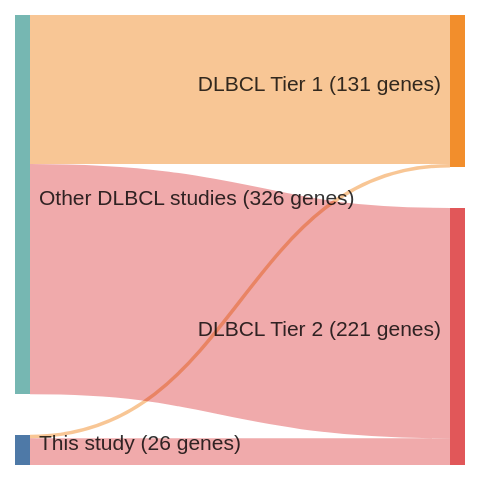
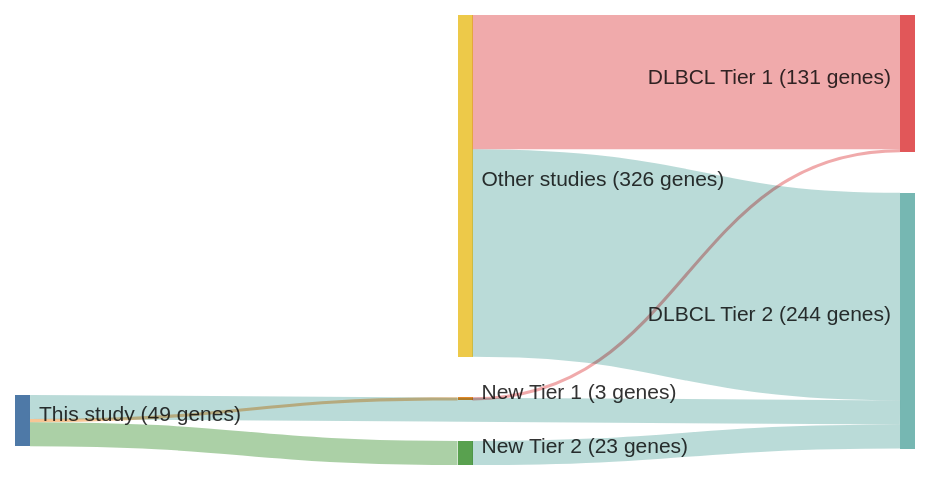
One commit to morinlab/lymphopedia changed the diagram in papers/hubschmannMutationalMechanismsShaping2021b.md. Above: the diagram before and after it, drawn with Mermaid. The commit also changed other lines of this file and 82 other files, not shown here.

````diff
--- a/papers/hubschmannMutationalMechanismsShaping2021b.md
+++ b/papers/hubschmannMutationalMechanismsShaping2021b.md
@@ -13,18 +13,21 @@
 ```mermaid
 ---
 config:
     sankey:
         showValues: true
         linkColor: target
-        width: 300
+        width: 600
         height: 300
         nodeAlignment: right
         prefix: '('
         suffix: ' genes)'
 ---
 sankey-beta
-This study, DLBCL Tier 1, 3
+This study, New Tier 1, 3
+New Tier 1, DLBCL Tier 1, 3
 This study, DLBCL Tier 2, 23
-Other DLBCL studies, DLBCL Tier 1, 128
-Other DLBCL studies, DLBCL Tier 2, 198
+This study, New Tier 2, 23
+New Tier 2, DLBCL Tier 2, 23
+Other studies, DLBCL Tier 1, 128
+Other studies, DLBCL Tier 2, 198
 ```
````
